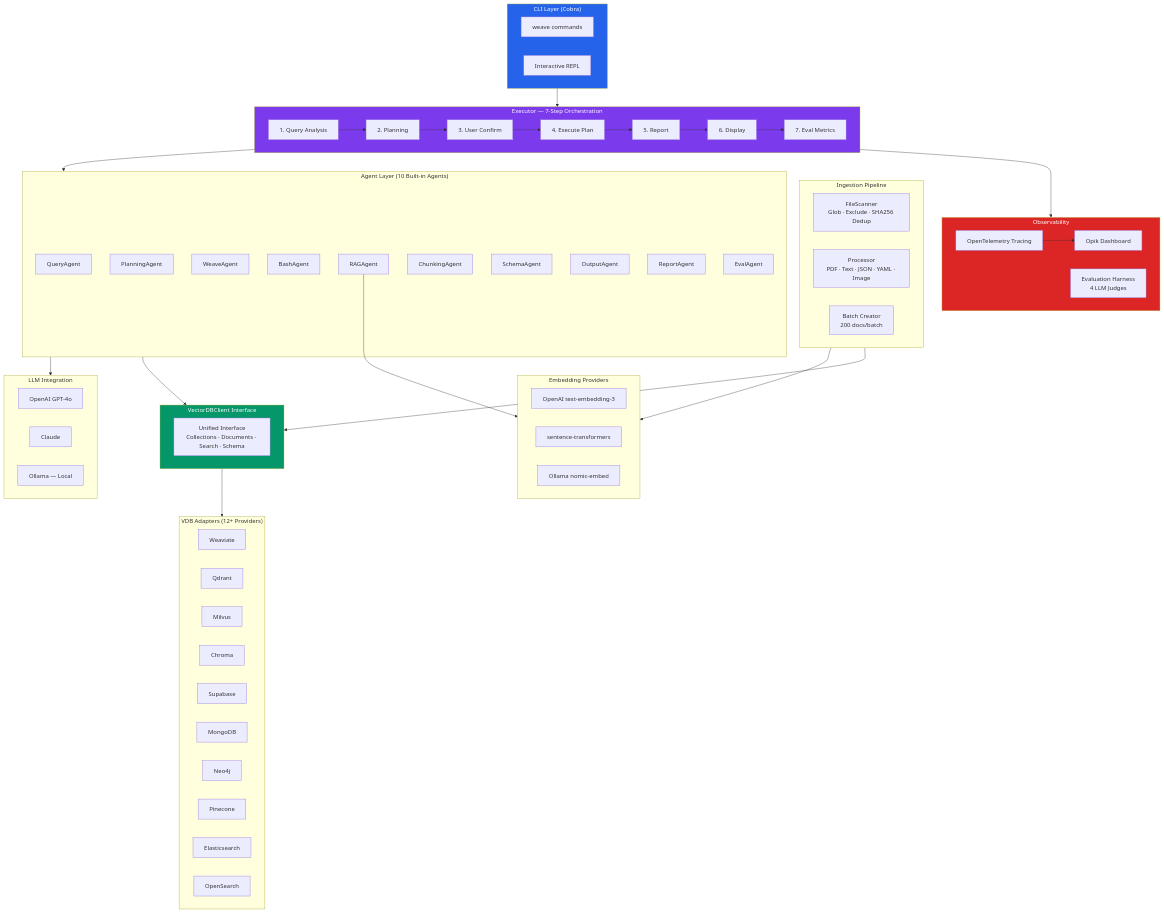
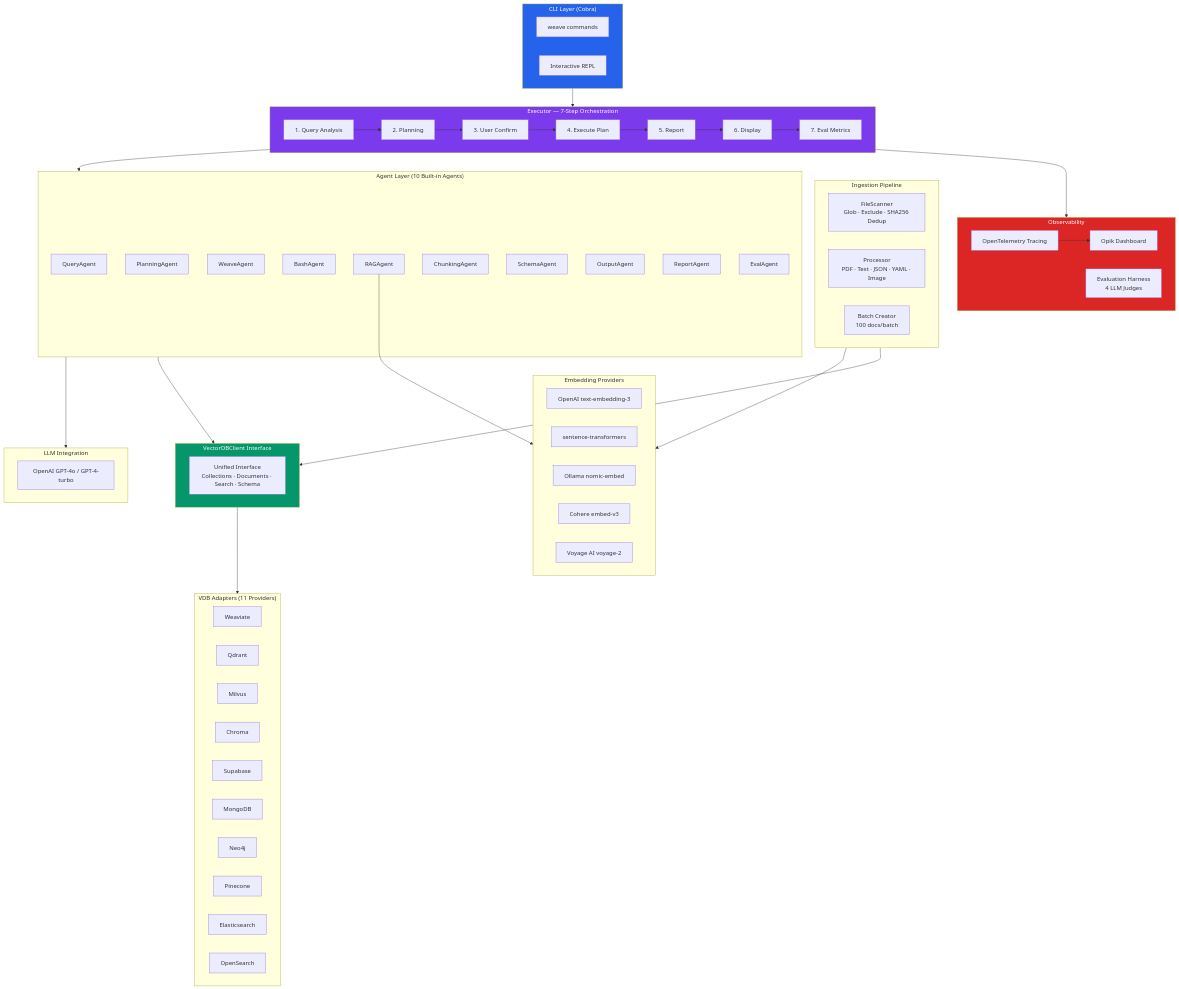
Before and after one commit to maximilien/weave-cli: the first of 3 diagrams in docs/blogs/OPIK_VIDEO_BLOG_CHECKLIST.md, drawn with Mermaid. The commit also changed 1 other file, not shown here.

Commit message:
fix: resolve Milvus flush timeout causing silent data loss (#57)
The CreateDocuments batch method shared one timeout context for both
Insert and Flush. Over port-forward, Insert consumed most of the budget,
causing Flush to get DeadlineExceeded — swallowed as "non-fatal" but
leaving documents unpersisted. Fix gives Flush its own 60s context with
up to 3 retries. Also corrects Opik blog diagrams to match codebase
(LLM providers, embedding count, VDB count, batch size).

```diff
--- a/docs/blogs/OPIK_VIDEO_BLOG_CHECKLIST.md
+++ b/docs/blogs/OPIK_VIDEO_BLOG_CHECKLIST.md
@@ -46,22 +46,22 @@
     end
 
     subgraph LLM["LLM Integration"]
-        OPENAI[OpenAI GPT-4o]
-        CLAUDE[Claude]
-        OLLAMA[Ollama — Local]
+        OPENAI[OpenAI GPT-4o / GPT-4-turbo]
     end
 
     subgraph Embeddings["Embedding Providers"]
         EMB_OAI[OpenAI text-embedding-3]
         EMB_ST[sentence-transformers]
         EMB_OL[Ollama nomic-embed]
+        EMB_CO[Cohere embed-v3]
+        EMB_VA[Voyage AI voyage-2]
     end
 
     subgraph VDB_Layer["VectorDBClient Interface"]
         IF[Unified Interface<br/>Collections · Documents · Search · Schema]
     end
 
-    subgraph Adapters["VDB Adapters (12+ Providers)"]
+    subgraph Adapters["VDB Adapters (11 Providers)"]
         W[Weaviate]
         Q[Qdrant]
         MV[Milvus]
@@ -77,7 +77,7 @@
     subgraph Pipeline["Ingestion Pipeline"]
         SCAN[FileScanner<br/>Glob · Exclude · SHA256 Dedup]
         PROC[Processor<br/>PDF · Text · JSON · YAML · Image]
-        BATCH[Batch Creator<br/>200 docs/batch]
+        BATCH[Batch Creator<br/>100 docs/batch]
     end
 
     subgraph Monitoring["Observability"]
```
